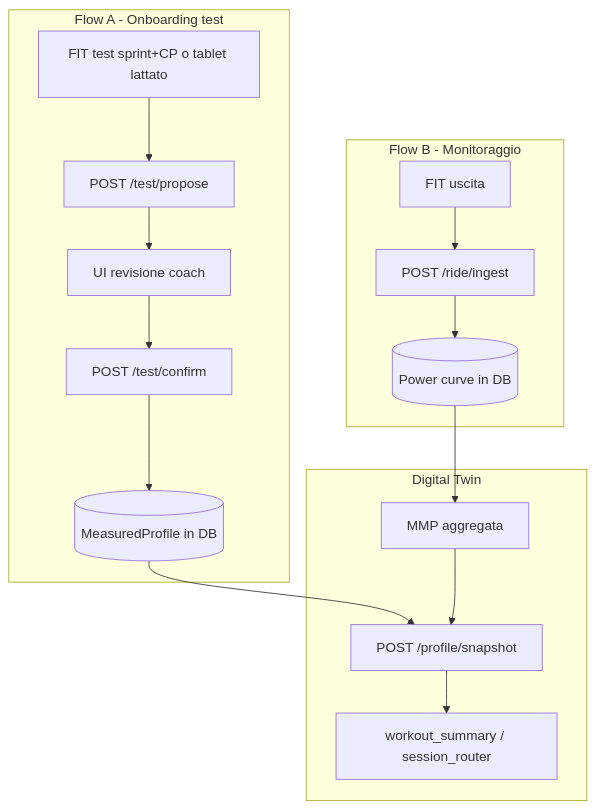
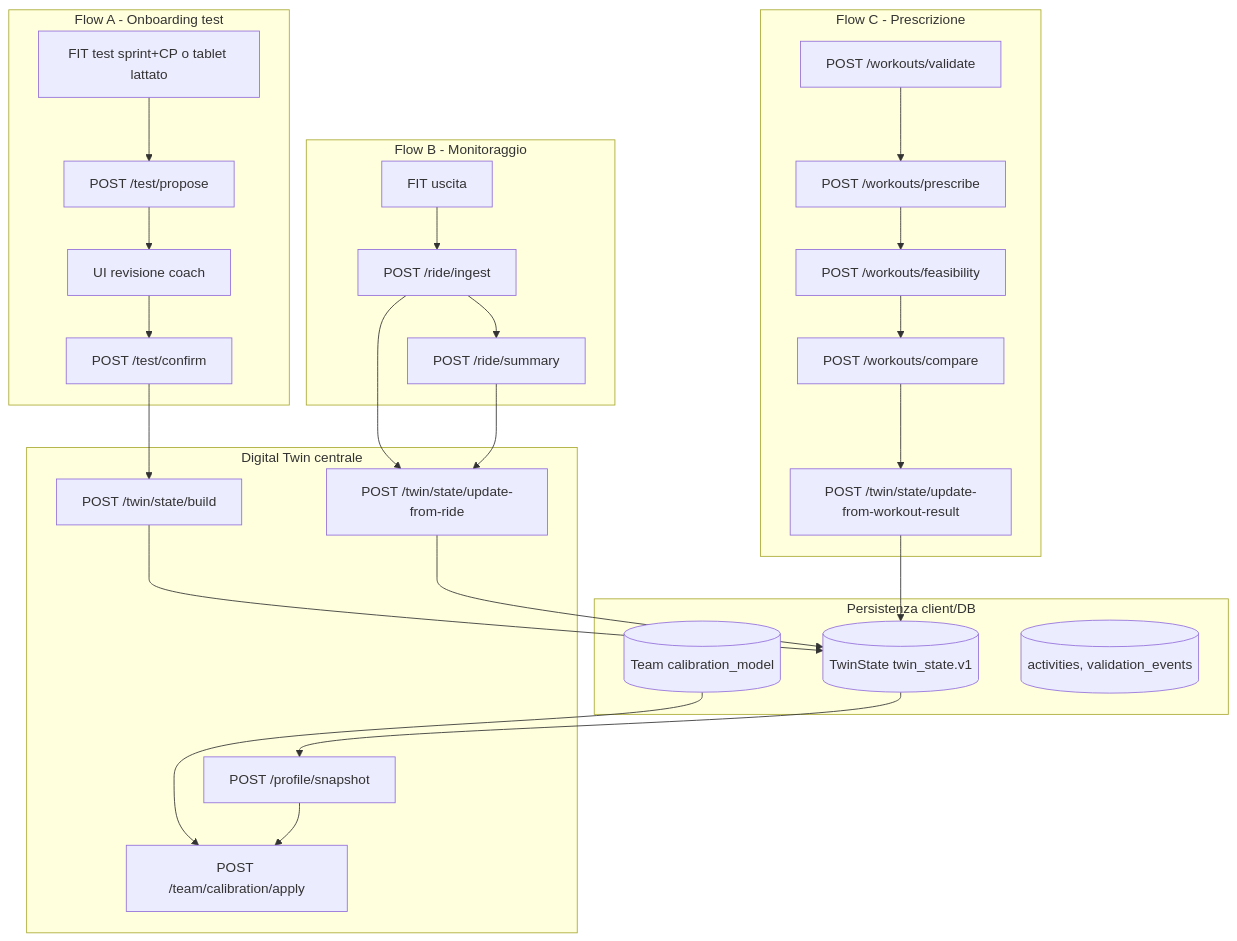
One commit to diegotruant/Backend-definitivo-V5 changed the diagram in docs/FRONTEND_DEVELOPER_GUIDE.md. Above: the diagram before and after it, drawn with Mermaid. The commit also changed other lines of this file, not shown here.

First line of the commit message:
docs: unify FRONTEND_DEVELOPER_GUIDE for V5.1 with TwinState and endpoint map

````diff
--- a/docs/FRONTEND_DEVELOPER_GUIDE.md
+++ b/docs/FRONTEND_DEVELOPER_GUIDE.md
@@ -76,28 +94,48 @@
 ```mermaid
 flowchart TB
+  subgraph persist [Persistenza client/DB]
+    TWIN[(TwinState twin_state.v1)]
+    TEAM[(Team calibration_model)]
+    ACT[(activities, validation_events)]
+  end
+
   subgraph onboarding [Flow A - Onboarding test]
     FIT_TEST[FIT test sprint+CP o tablet lattato]
     PROPOSE[POST /test/propose]
     REVIEW[UI revisione coach]
     CONFIRM[POST /test/confirm]
-    ANCHOR[(MeasuredProfile in DB)]
-    FIT_TEST --> PROPOSE --> REVIEW --> CONFIRM --> ANCHOR
+    FIT_TEST --> PROPOSE --> REVIEW --> CONFIRM
   end
 
   subgraph monitoring [Flow B - Monitoraggio]
     FIT_RIDE[FIT uscita]
     INGEST[POST /ride/ingest]
-    CURVE[(Power curve in DB)]
+    SUMMARY[POST /ride/summary]
+    FIT_RIDE --> INGEST --> SUMMARY
   end
 
-  subgraph twin [Digital Twin]
-    MMP[MMP aggregata]
+  subgraph twin [Digital Twin centrale]
+    BUILD[POST /twin/state/build]
+    UPD_RIDE[POST /twin/state/update-from-ride]
     SNAP[POST /profile/snapshot]
-    SUMMARY[workout_summary / session_router]
-    ANCHOR --> SNAP
-    CURVE --> MMP
-    MMP --> SNAP
-    FIT_RIDE --> INGEST --> CURVE
-    SNAP --> SUMMARY
+    APPLY[POST /team/calibration/apply]
+    CONFIRM --> BUILD
+    INGEST --> UPD_RIDE
+    SUMMARY --> UPD_RIDE
+    BUILD --> TWIN
+    UPD_RIDE --> TWIN
+    TWIN --> SNAP
+    TEAM --> APPLY
+    SNAP --> APPLY
+  end
+
+  subgraph coach [Flow C - Prescrizione]
+    VAL[POST /workouts/validate]
+    PRE[POST /workouts/prescribe]
+    FEAS[POST /workouts/feasibility]
+    CMP[POST /workouts/compare]
+    VAL --> PRE --> FEAS --> CMP
+    CMP --> UPD_WO[POST /twin/state/update-from-workout-result]
+    UPD_WO --> TWIN
   end
 ```
````
